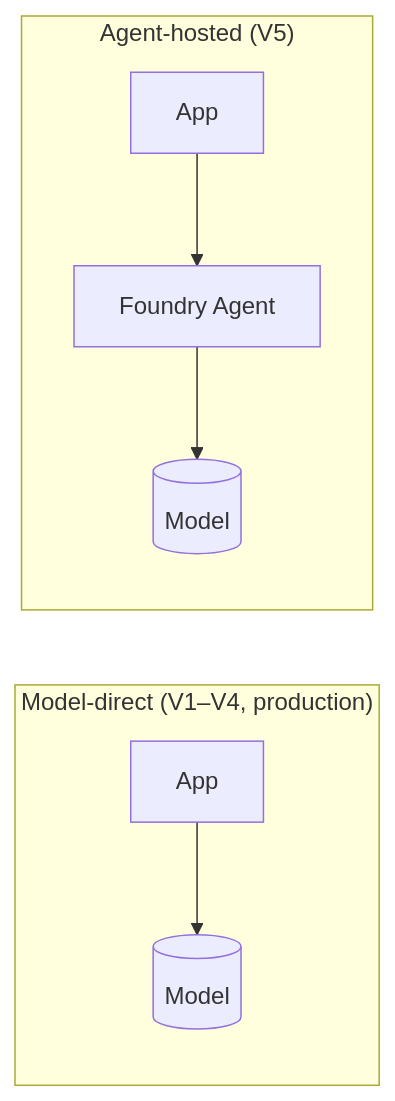
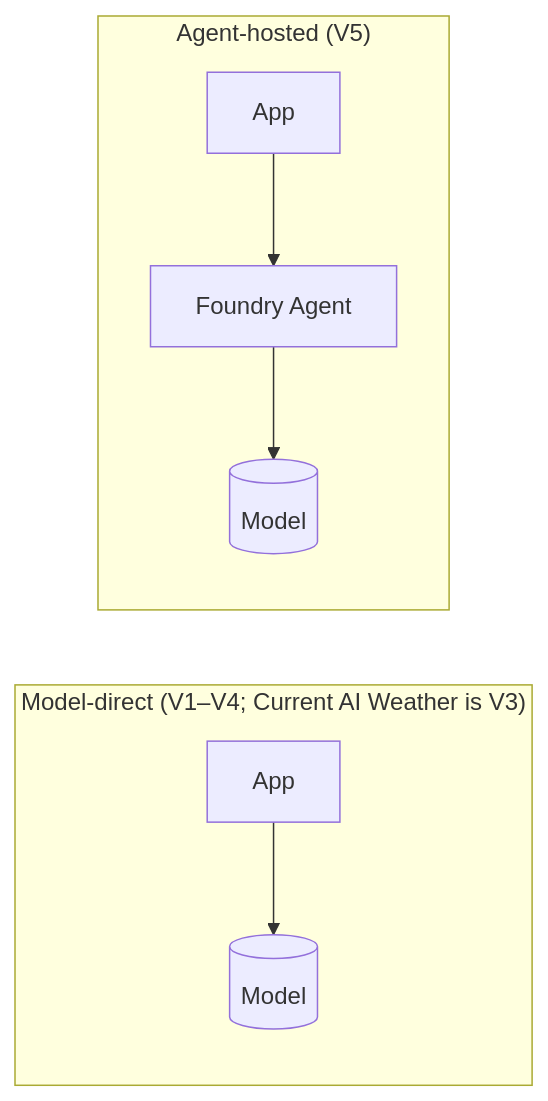
One commit to dustinkorzaan/weather-1116 changed the sixth of 26 diagrams in docs/4-demystifying-foundry-agents-mcp/demystifying-model-agent-tools-mcp-brainstorming.md. Above: the diagram before and after it, drawn with Mermaid. The commit also changed other lines of this file and 14 other files, not shown here.

First line of the commit message:
Switch Current AI Weather from remote MCP tools to local in-process tools (#221)

````diff
--- a/docs/4-demystifying-foundry-agents-mcp/demystifying-model-agent-tools-mcp-brainstorming.md
+++ b/docs/4-demystifying-foundry-agents-mcp/demystifying-model-agent-tools-mcp-brainstorming.md
@@ -120,10 +120,10 @@
 ```mermaid
 flowchart LR
-    subgraph Direct["Model-direct (V1–V4, production)"]
+    subgraph Direct["Model-direct (V1–V4; Current AI Weather is V3)"]
         A1[App] --> M1[(Model)]
     end
     subgraph Hosted["Agent-hosted (V5)"]
         A2[App] --> AG[Foundry Agent]
         AG --> M2[(Model)]
     end
 ```
````
